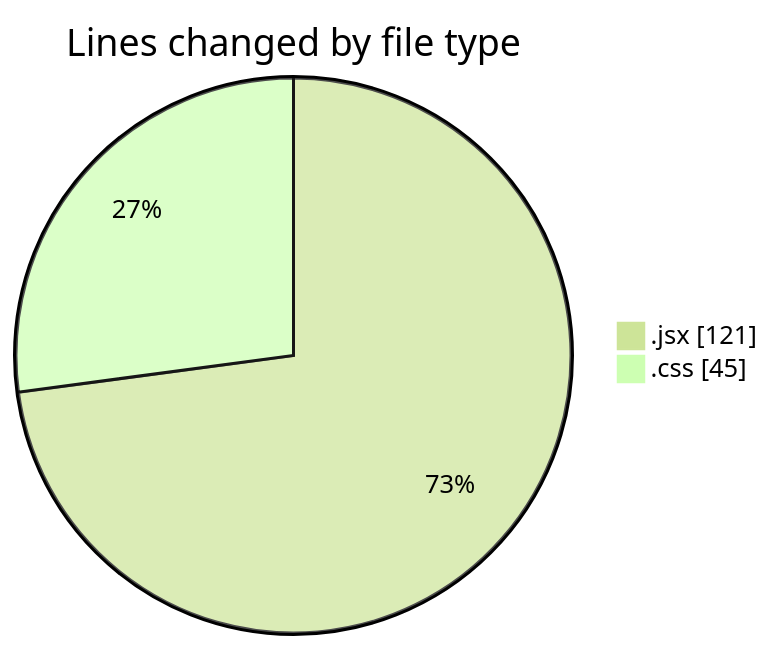
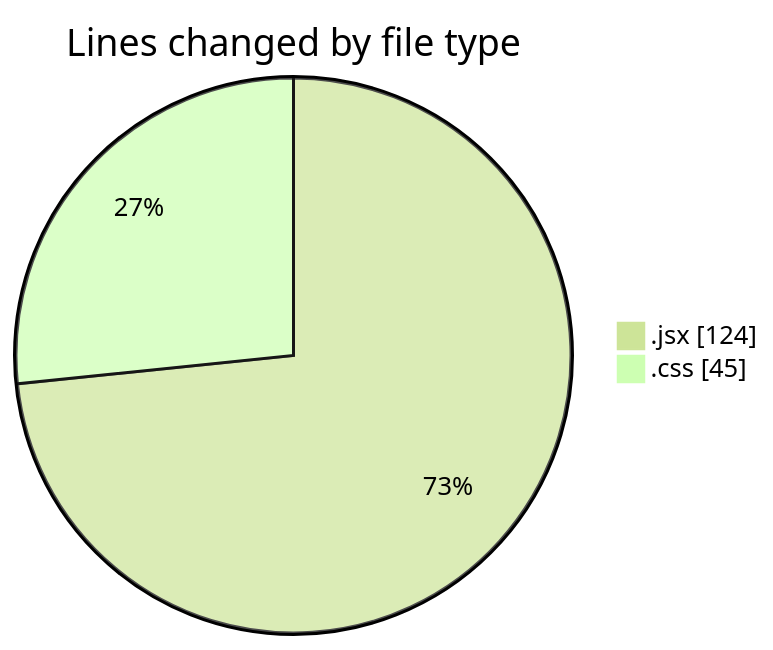
The first of 2 diagrams in 2025-02-06/react_ecom/README.md (Elitesun/code-tracking), drawn with Mermaid (forest theme) before and after one commit. The commit also changed other lines of this file and 1 other file, not shown here.

````diff
--- a/2025-02-06/react_ecom/README.md
+++ b/2025-02-06/react_ecom/README.md
@@ -23,6 +23,6 @@
 ```mermaid
 pie showData
 title Lines changed by file type
-".jsx" : 121
+".jsx" : 124
 ".css" : 45
 ```
````
